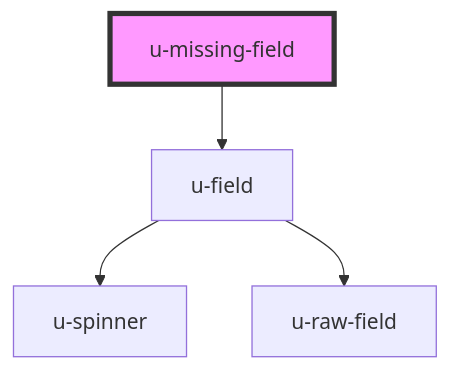
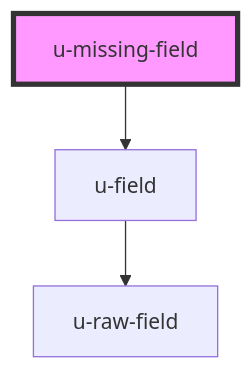
The diagram in packages/sdk/src/auth/components/missing-field/readme.md (UnidyID/unidy-sdk), drawn with Mermaid before and after one commit. The commit also changed 4 other files, not shown here.

````diff
--- a/packages/sdk/src/auth/components/missing-field/readme.md
+++ b/packages/sdk/src/auth/components/missing-field/readme.md
@@ -15,7 +15,6 @@
 ```mermaid
 graph TD;
   u-missing-field --> u-field
-  u-field --> u-spinner
   u-field --> u-raw-field
   style u-missing-field fill:#f9f,stroke:#333,stroke-width:4px
 ```
````
